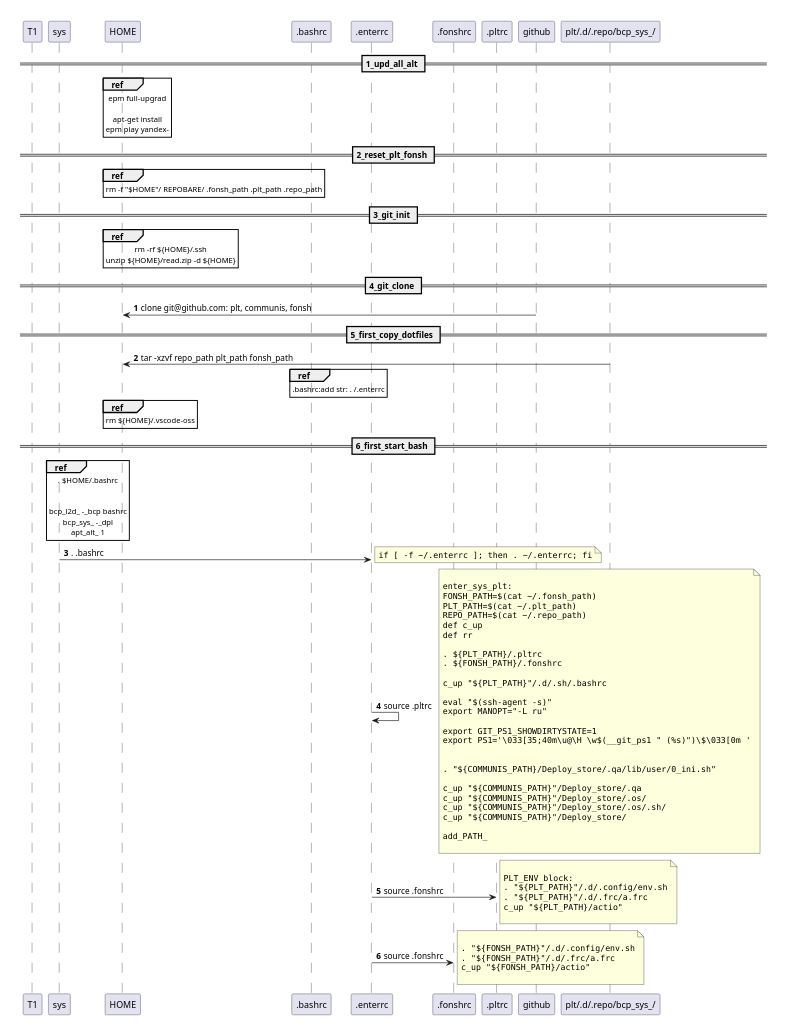
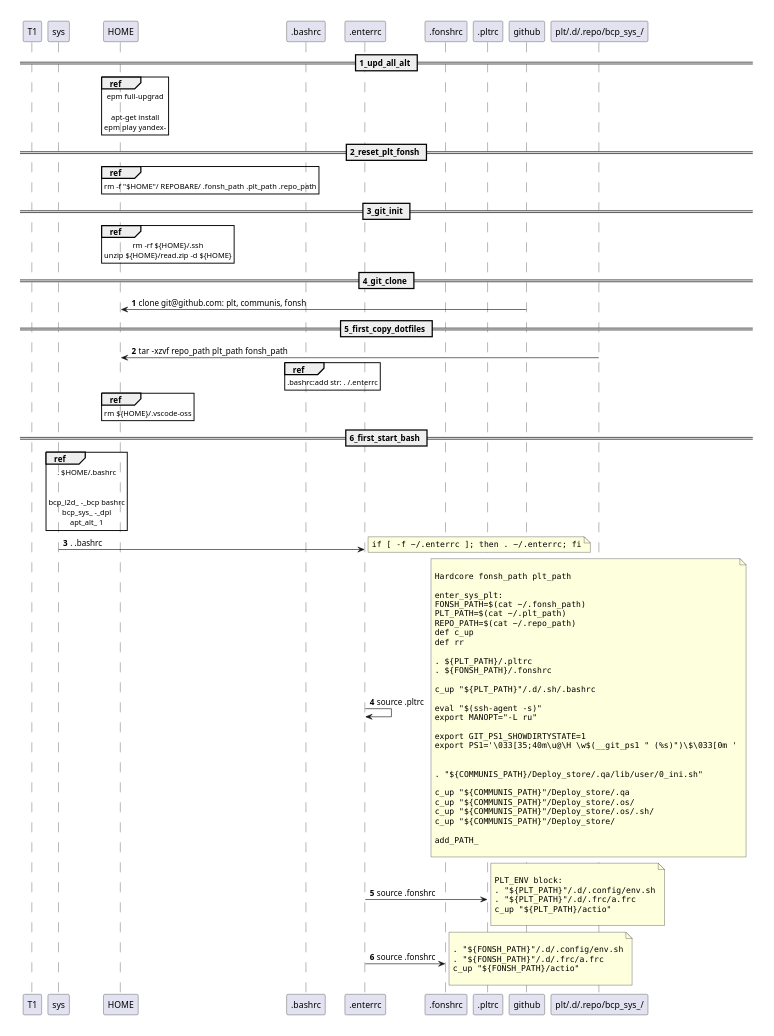
Before and after one commit to legioner9/plt: the diagram in .d/.read/_puml/plt_init.sh.puml, drawn with PlantUML. The commit also changed 14 other files, not shown here.

```diff
--- a/.d/.read/_puml/plt_init.sh.puml
+++ b/.d/.read/_puml/plt_init.sh.puml
@@ -1,121 +1,123 @@
 @startuml
 
 scale 1000*500
 autonumber 
 
 participant T1
 participant sys
 participant HOME
 participant ".bashrc" as brc
 participant ".enterrc" as erc
 participant ".fonshrc" as frc
 participant ".pltrc" as prc
 participant github as gh
 participant "plt/.d/.repo/bcp_sys_/" as bcp_fs
 
 == 1_upd_all_alt ==
 ref over HOME
 epm full-upgrad
 
 apt-get install
 epm play yandex-
 end ref
 
 == 2_reset_plt_fonsh ==
 ref over HOME : rm -f "$HOME"/ REPOBARE/ .fonsh_path .plt_path .repo_path
 
 == 3_git_init ==
 ref over HOME
 rm -rf ${HOME}/.ssh
 unzip ${HOME}/read.zip -d ${HOME}
 end ref
 
 == 4_git_clone ==
 gh -> HOME: clone git@github.com: plt, communis, fonsh
 
 == 5_first_copy_dotfiles ==
 bcp_fs -> HOME:tar -xzvf repo_path plt_path fonsh_path
 ref over brc : .bashrc:add str: . ~/.enterrc 
 ref over HOME : rm ${HOME}/.vscode-oss
 
 == 6_first_start_bash ==
 ref over sys
 . $HOME/.bashrc
 
 
 bcp_l2d_ -_bcp bashrc
 bcp_sys_ -_dpl
 apt_alt_ 1
 end ref
 
 sys -> erc : . .bashrc
 
 note right
 <code>
 if [ -f ~/.enterrc ]; then . ~/.enterrc; fi
 </code>
 end note
 
 erc -> erc : source .pltrc
 
 note right
 <code>
 
+Hardcore fonsh_path plt_path
+
 enter_sys_plt:
 FONSH_PATH=$(cat ~/.fonsh_path)
 PLT_PATH=$(cat ~/.plt_path)
 REPO_PATH=$(cat ~/.repo_path)
 def c_up
 def rr
 
 . ${PLT_PATH}/.pltrc
 . ${FONSH_PATH}/.fonshrc
 
 c_up "${PLT_PATH}"/.d/.sh/.bashrc
 
 eval "$(ssh-agent -s)"
 export MANOPT="-L ru"
 
 export GIT_PS1_SHOWDIRTYSTATE=1
 export PS1='\033[35;40m\u@\H \w$(__git_ps1 " (%s)")\$\033[0m '
 
 
 . "${COMMUNIS_PATH}/Deploy_store/.qa/lib/user/0_ini.sh"
 
 c_up "${COMMUNIS_PATH}"/Deploy_store/.qa
 c_up "${COMMUNIS_PATH}"/Deploy_store/.os/
 c_up "${COMMUNIS_PATH}"/Deploy_store/.os/.sh/
 c_up "${COMMUNIS_PATH}"/Deploy_store/
 
 add_PATH_
 
 </code>
 end note
 
 erc -> prc : source .fonshrc
 
 note right
 <code>
 
 PLT_ENV block:
 . "${PLT_PATH}"/.d/.config/env.sh
 . "${PLT_PATH}"/.d/.frc/a.frc
 c_up "${PLT_PATH}/actio"
 
 </code>
 end note
 
 erc -> frc : source .fonshrc
 
 note right
 <code>
 
 . "${FONSH_PATH}"/.d/.config/env.sh
 . "${FONSH_PATH}"/.d/.frc/a.frc
 c_up "${FONSH_PATH}/actio"
 
 </code>
 end note
 
 
 @enduml
```
